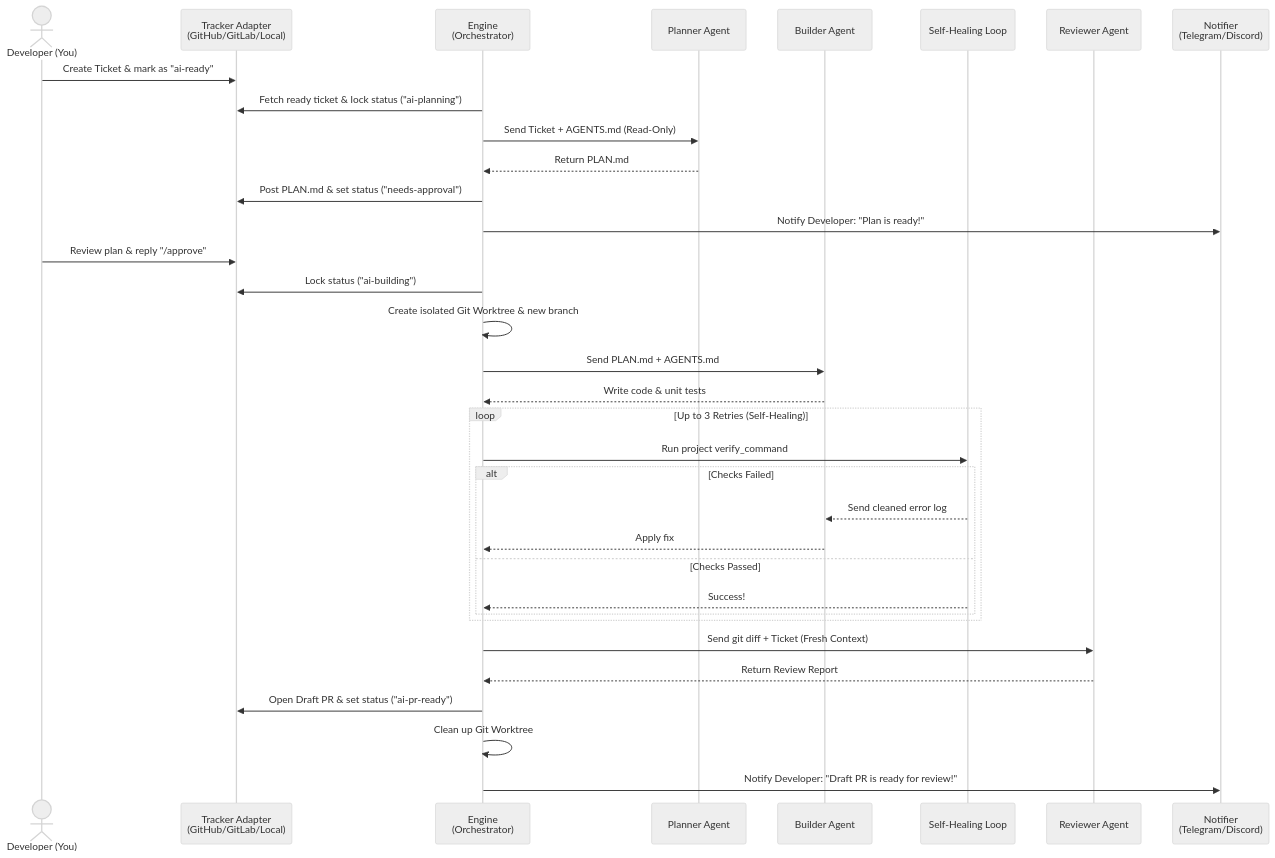
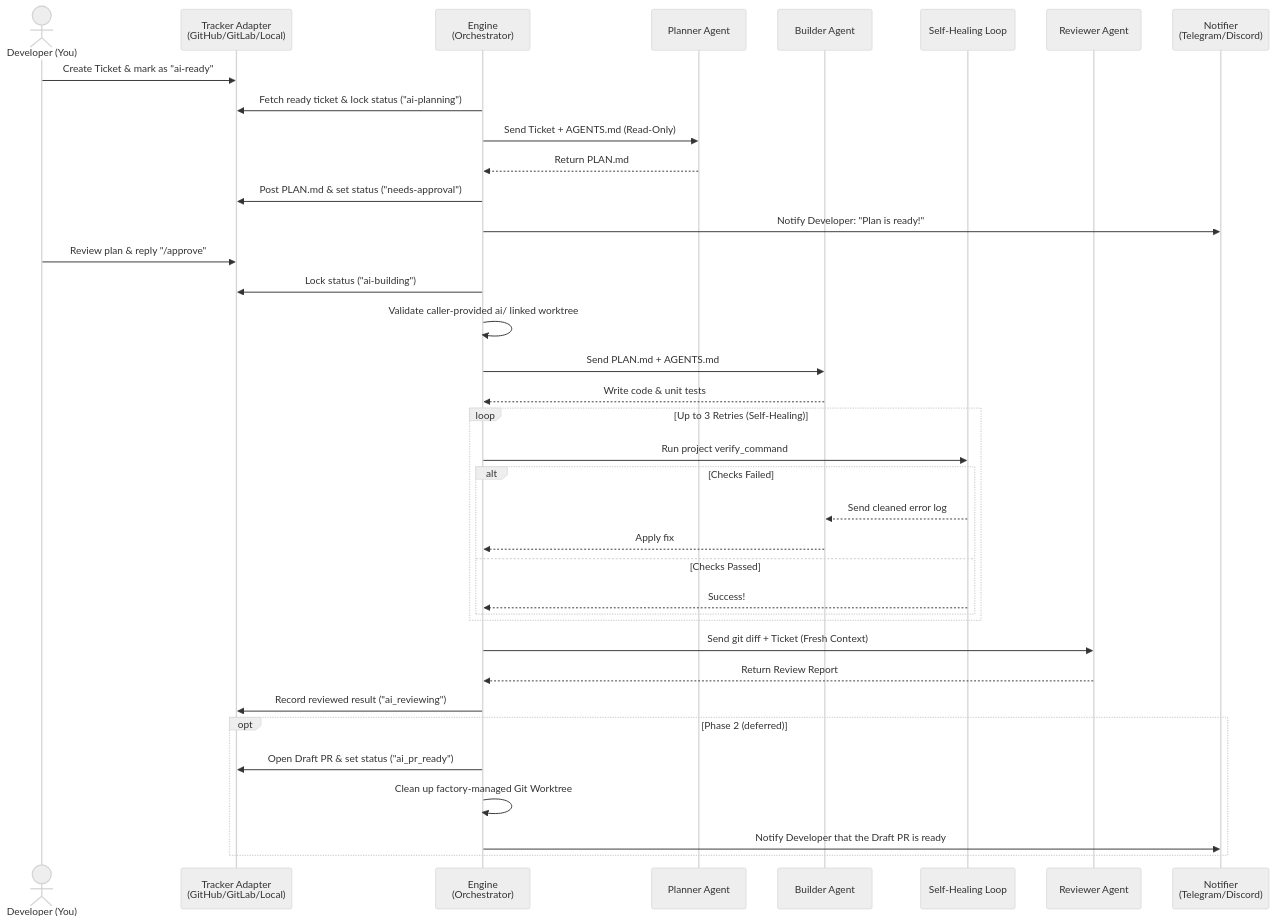
One commit to islam-kamel/software_factory changed the first of 5 diagrams in docs/system_design.md. Above: the diagram before and after it, drawn with Mermaid (neutral theme). The commit also changed other lines of this file and 47 other files, not shown here.

````diff
--- a/docs/system_design.md
+++ b/docs/system_design.md
@@ -11,40 +11,44 @@
 ```mermaid
 sequenceDiagram
     actor Dev as Developer (You)
     participant TR as Tracker Adapter<br/>(GitHub/GitLab/Local)
     participant ENG as Engine<br/>(Orchestrator)
     participant PL as Planner Agent
     participant BL as Builder Agent
     participant SH as Self-Healing Loop
     participant RV as Reviewer Agent
     participant NT as Notifier<br/>(Telegram/Discord)
 
     Dev->>TR: Create Ticket & mark as "ai-ready"
     ENG->>TR: Fetch ready ticket & lock status ("ai-planning")
     ENG->>PL: Send Ticket + AGENTS.md (Read-Only)
     PL-->>ENG: Return PLAN.md
     ENG->>TR: Post PLAN.md & set status ("needs-approval")
     ENG->>NT: Notify Developer: "Plan is ready!"
 
     Dev->>TR: Review plan & reply "/approve"
     ENG->>TR: Lock status ("ai-building")
-    ENG->>ENG: Create isolated Git Worktree & new branch
+    ENG->>ENG: Validate caller-provided ai/ linked worktree
     ENG->>BL: Send PLAN.md + AGENTS.md
     BL-->>ENG: Write code & unit tests
 
     loop Up to 3 Retries (Self-Healing)
         ENG->>SH: Run project verify_command
         alt Checks Failed
             SH-->>BL: Send cleaned error log
             BL-->>ENG: Apply fix
         else Checks Passed
             SH-->>ENG: Success!
         end
     end
 
     ENG->>RV: Send git diff + Ticket (Fresh Context)
     RV-->>ENG: Return Review Report
-    ENG->>TR: Open Draft PR & set status ("ai-pr-ready")
-    ENG->>ENG: Clean up Git Worktree
-    ENG->>NT: Notify Developer: "Draft PR is ready for review!"
+    ENG->>TR: Record reviewed result ("ai_reviewing")
+
+    opt Phase 2 (deferred)
+        ENG->>TR: Open Draft PR & set status ("ai_pr_ready")
+        ENG->>ENG: Clean up factory-managed Git Worktree
+        ENG->>NT: Notify Developer that the Draft PR is ready
+    end
 ```
````
